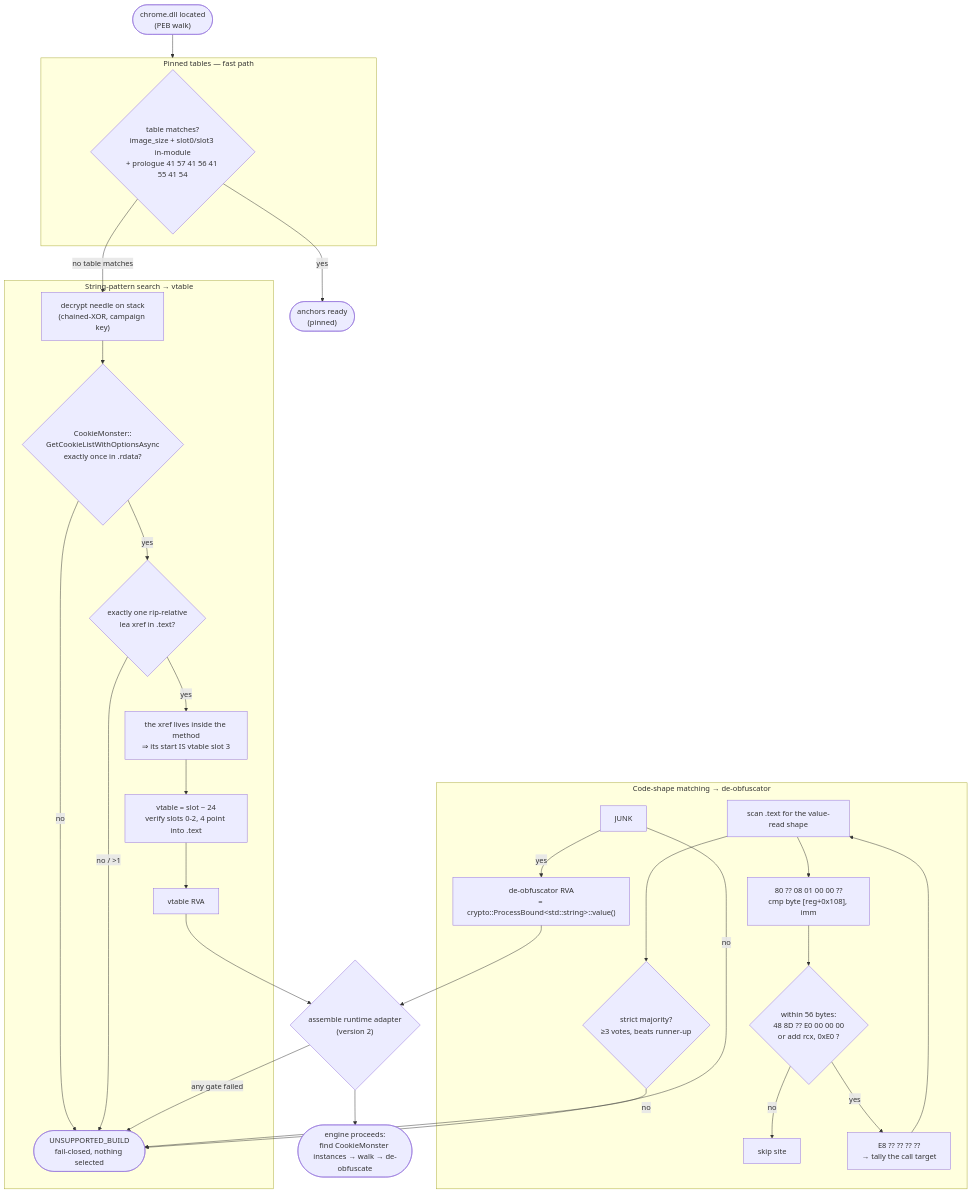
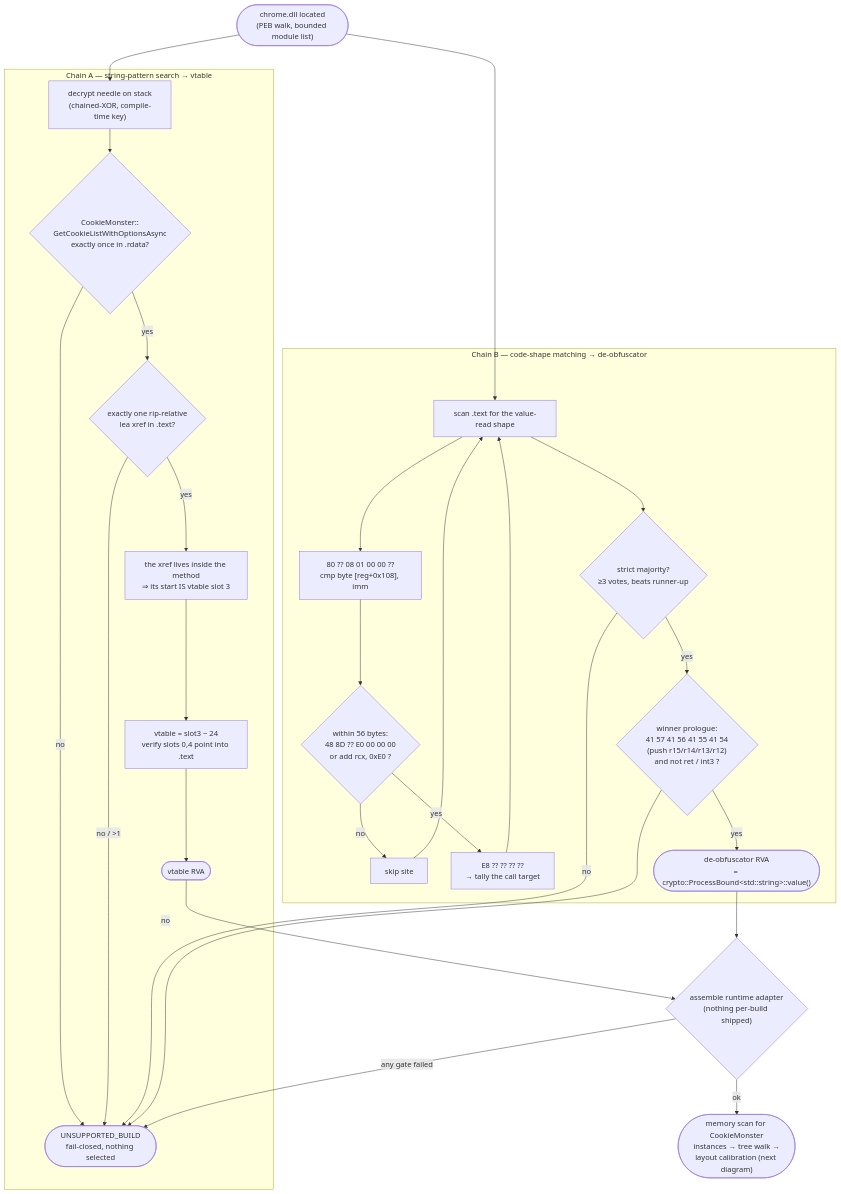
The first of 2 diagrams in diagrams/discovery.md (norahc-x/Margaret-Stealer), drawn with Mermaid before and after one commit. The commit also changed other lines of this file, not shown here.

Commit message:
diagrams: readapted to the discovery-only model — pinned fast-path removed, dangling junk node fixed, new per-run layout calibration diagram (string grid, ProcessBound value, timestamps, quorum gates); both blocks parse-validated

````diff
--- a/diagrams/discovery.md
+++ b/diagrams/discovery.md
@@ -10,42 +17,38 @@
 ```mermaid
 flowchart TD
-    START(["chrome.dll located<br/>(PEB walk)"]) --> PINNED
+    START(["chrome.dll located<br/>(PEB walk, bounded module list)"]) --> NEEDLE
+    START --> SCAN
 
-    subgraph PINNED["Pinned tables — fast path"]
-        P1{"table matches?<br/>image_size + slot0/slot3 in-module<br/>+ prologue 41 57 41 56 41 55 41 54"}
-    end
-
-    P1 -- "yes" --> ANCHORS(["anchors ready<br/>(pinned)"])
-    P1 -- "no table matches" --> NEEDLE
-
-    subgraph CHAIN2["String-pattern search → vtable"]
-        NEEDLE["decrypt needle on stack<br/>(chained-XOR, campaign key)"]
+    subgraph CHAIN2["Chain A — string-pattern search → vtable"]
+        NEEDLE["decrypt needle on stack<br/>(chained-XOR, compile-time key)"]
         NEEDLE --> N1{"CookieMonster::<br/>GetCookieListWithOptionsAsync<br/>exactly once in .rdata?"}
         N1 -- no --> FAIL
         N1 -- yes --> N2{"exactly one rip-relative<br/>lea xref in .text?"}
-        N2 -- no / >1 --> FAIL
+        N2 -- "no / >1" --> FAIL
         N2 -- yes --> N3["the xref lives inside the method<br/>⇒ its start IS vtable slot 3"]
-        N3 --> N4["vtable = slot − 24<br/>verify slots 0-2, 4 point into .text"]
-        N4 --> VT["vtable RVA"]
+        N3 --> N4["vtable = slot3 − 24<br/>verify slots 0,4 point into .text"]
+        N4 --> VT(["vtable RVA"])
     end
 
-    subgraph CHAIN1["Code-shape matching → de-obfuscator"]
+    subgraph CHAIN1["Chain B — code-shape matching → de-obfuscator"]
         SCAN["scan .text for the value-read shape"]
         SCAN --> S1["80 ?? 08 01 00 00 ??<br/>cmp byte [reg+0x108], imm"]
         S1 --> S2{"within 56 bytes:<br/>48 8D ?? E0 00 00 00<br/>or add rcx, 0xE0 ?"}
         S2 -- no --> SKIP["skip site"]
+        SKIP --> SCAN
         S2 -- yes --> S3["E8 ?? ?? ?? ??<br/>→ tally the call target"]
         S3 --> SCAN
         SCAN --> VOTE{"strict majority?<br/>≥3 votes, beats runner-up"}
         VOTE -- no --> FAIL
-        JUNK -- yes --> DEOBF["de-obfuscator RVA<br/>= crypto::ProcessBound&lt;std::string&gt;::value()"]
+        VOTE -- yes --> JUNK{"winner prologue:<br/>41 57 41 56 41 55 41 54<br/>(push r15/r14/r13/r12)<br/>and not ret / int3 ?"}
         JUNK -- no --> FAIL
+        JUNK -- yes --> DEOBF(["de-obfuscator RVA<br/>= crypto::ProcessBound&lt;std::string&gt;::value()"])
     end
 
     VT --> ASSEMBLE
-    DEOBF --> ASSEMBLE{"assemble runtime adapter<br/>(version 2)"}
-    ASSEMBLE --> OK(["engine proceeds:<br/>find CookieMonster instances → walk → de-obfuscate"])
+    DEOBF --> ASSEMBLE{"assemble runtime adapter<br/>(nothing per-build shipped)"}
     ASSEMBLE -- "any gate failed" --> FAIL
+    ASSEMBLE -- ok --> NEXT(["memory scan for CookieMonster<br/>instances → tree walk →<br/>layout calibration (next diagram)"])
 
     FAIL(["UNSUPPORTED_BUILD<br/>fail-closed, nothing selected"])
 ```
````
